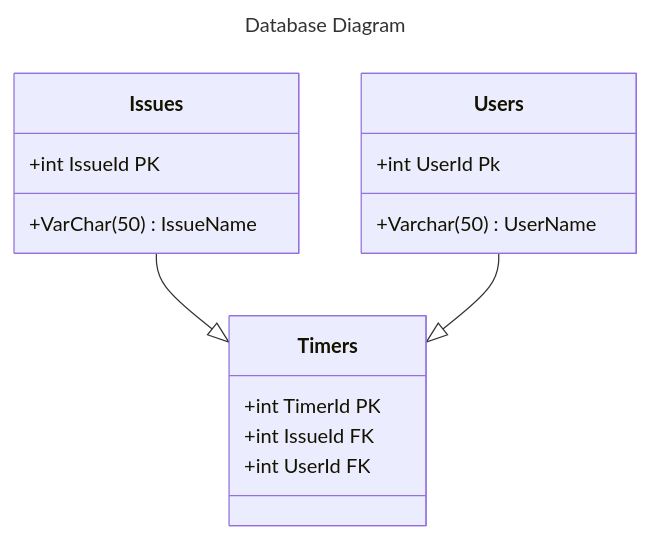
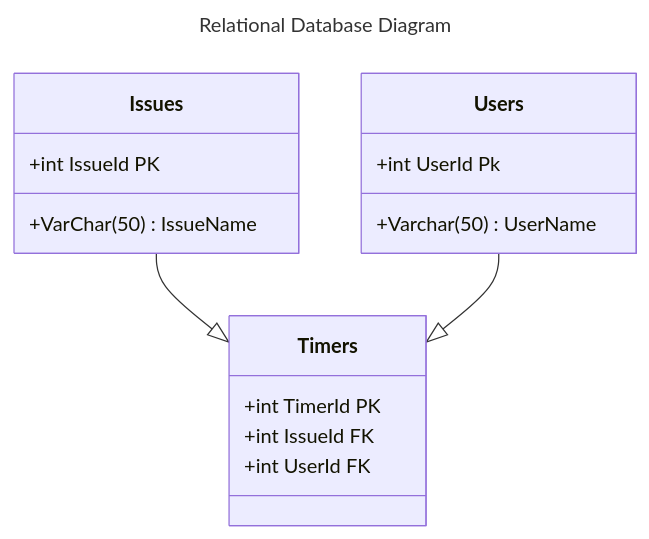
Before and after one commit to GrantRynders/Github-Extension-Project: the diagram in Readme.md, drawn with Mermaid. The commit also changed other lines of this file and 1 other file, not shown here.

````diff
--- a/Readme.md
+++ b/Readme.md
@@ -7,22 +7,22 @@
 ```mermaid
 ---
-title: Database Diagram
+title: Relational Database Diagram
 ---
 classDiagram
 Issues --|> Timers
 Users --|> Timers 
 class Issues{
     +int IssueId PK
     +VarChar(50) IssueName
 }
 class Users{
     +int UserId Pk
     +Varchar(50) UserName
 }
 class Timers{
     +int TimerId PK
     +int IssueId FK
     +int UserId FK
 }
 
 ```
````
